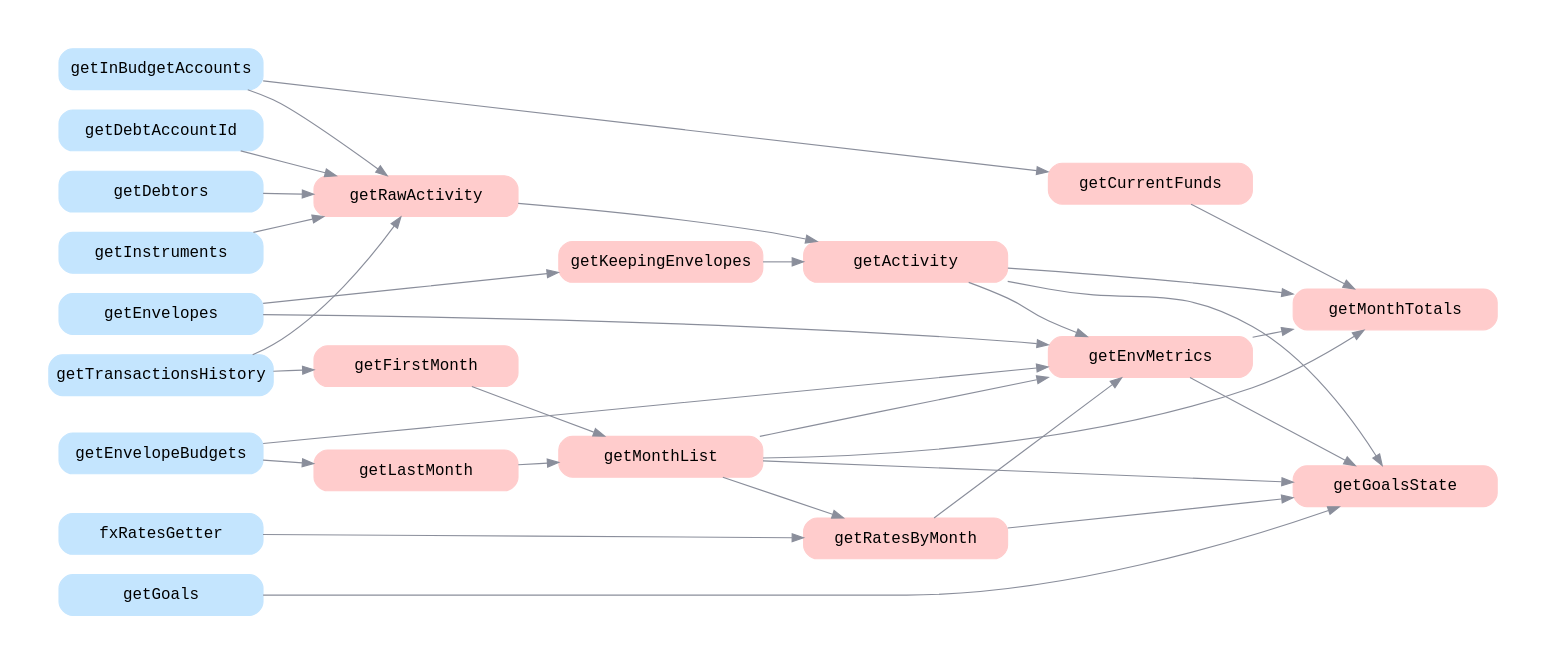
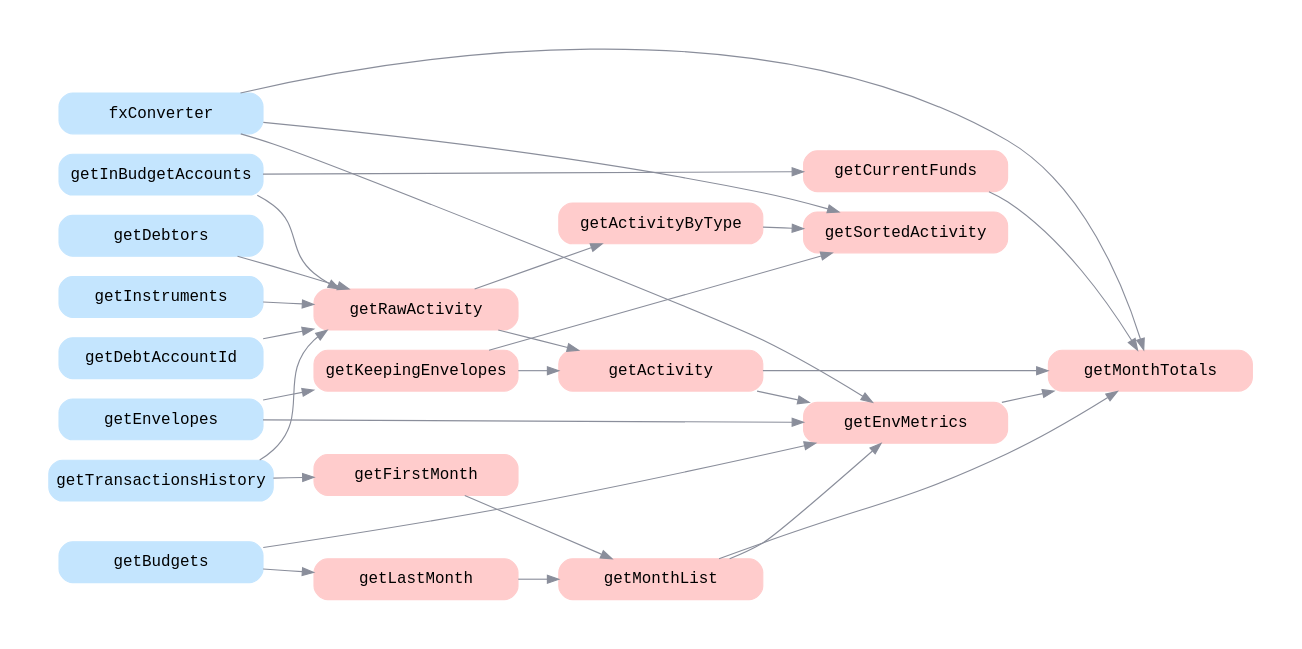
One commit to ardov/zerro changed the diagram in src/5-entities/envBalances/dataflow.dot. Above: the diagram before and after it, drawn with Graphviz. The commit also changed 15 other files, not shown here.

```diff
--- a/src/5-entities/envBalances/dataflow.dot
+++ b/src/5-entities/envBalances/dataflow.dot
@@ -1,76 +1,85 @@
 // Chart made in graphwiz https://graphviz.org/
 // VS Code extention https://marketplace.visualstudio.com/items?itemName=joaompinto.vscode-graphviz
 
 digraph G {
 // splines="FALSE";
 rankdir=LR;
 pad=0.5;
 edge [
   fontname="'Fira Code', monospace"
   color="#8a8e9b"
 ]
 node [
   fontname="'Fira Code', monospace",
   shape="box",
   style="filled,rounded"
   width=2.5
 ]
 
 {
   node [color="#c4e5fe"]
   rank=same;
+  getEnvelopes
   getInBudgetAccounts
-  getEnvelopes
   getTransactionsHistory
-  getEnvelopeBudgets
+  getBudgets
   getDebtAccountId
   getDebtors
   getInstruments
-  fxRatesGetter
-  getGoals
+  fxConverter
 }
 
 
 subgraph INSTRUMENTS { //cluster_
   style="filled,rounded"
   color="#e8e8e8";
 
   node [color="#ffcccc"] // Results
+  getEnvelopes -> getKeepingEnvelopes
+
+  // 1 - currentFunds
   getInBudgetAccounts -> getCurrentFunds
 
-  getEnvelopes -> getKeepingEnvelopes
+  // 1 - monthList
+  getTransactionsHistory -> getFirstMonth -> getMonthList
+  getBudgets -> getLastMonth -> getMonthList
 
-  getTransactionsHistory -> getFirstMonth -> getMonthList
-  getEnvelopeBudgets -> getLastMonth -> getMonthList
-
+  // 1 - rawActivity
   getTransactionsHistory -> getRawActivity
   getInBudgetAccounts -> getRawActivity
   getDebtAccountId -> getRawActivity
   getDebtors -> getRawActivity
   getInstruments -> getRawActivity
 
+  // 2 - activity
+  getRawActivity -> getActivity
   getKeepingEnvelopes -> getActivity
-  getRawActivity -> getActivity
 
-  fxRatesGetter -> getRatesByMonth
-  getMonthList -> getRatesByMonth
+  // 2 - sortedActivity
+  getRawActivity -> getActivityByType -> getSortedActivity
+  getKeepingEnvelopes -> getSortedActivity
+  fxConverter -> getSortedActivity
 
+  // 3 - envMetrics
   getMonthList -> getEnvMetrics
   getEnvelopes -> getEnvMetrics
   getActivity -> getEnvMetrics
-  getEnvelopeBudgets -> getEnvMetrics
-  getRatesByMonth -> getEnvMetrics
+  getBudgets -> getEnvMetrics
+  fxConverter -> getEnvMetrics
 
-  getMonthList -> getGoalsState
-  getEnvMetrics -> getGoalsState
-  getGoals -> getGoalsState
-  getActivity -> getGoalsState
-  getRatesByMonth -> getGoalsState
-
+  // 4 - monthTotals
   getMonthList -> getMonthTotals
   getCurrentFunds -> getMonthTotals
   getActivity -> getMonthTotals
   getEnvMetrics -> getMonthTotals
+  fxConverter -> getMonthTotals
+
+  // getMonthList -> getGoalsState
+  // getEnvMetrics -> getGoalsState
+  // getGoals -> getGoalsState
+  // getActivity -> getGoalsState
+  // getRatesByMonth -> getGoalsState
+
 }
 
 }
```
